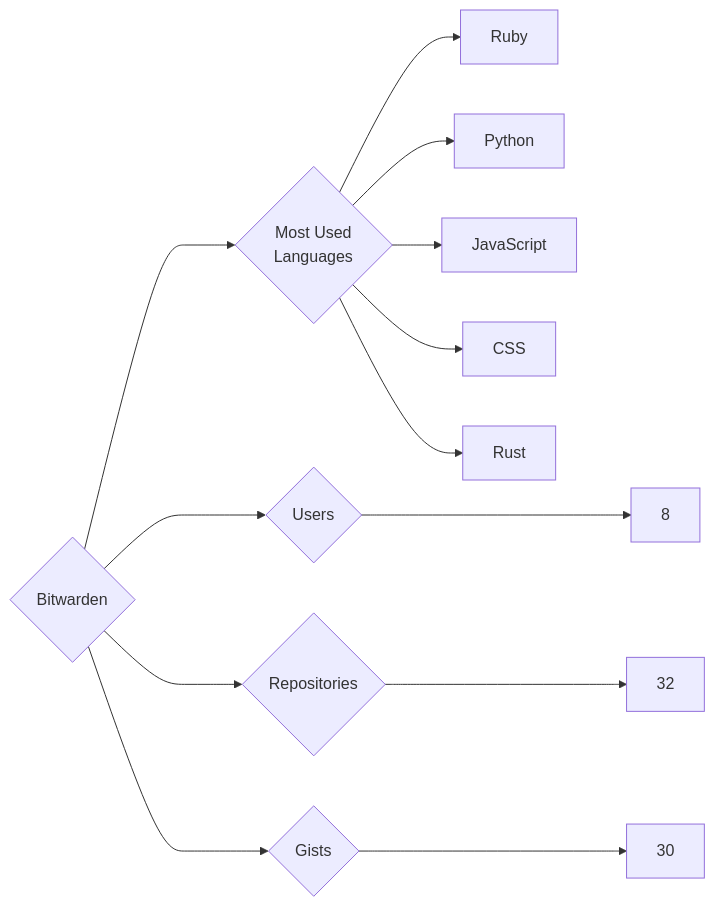
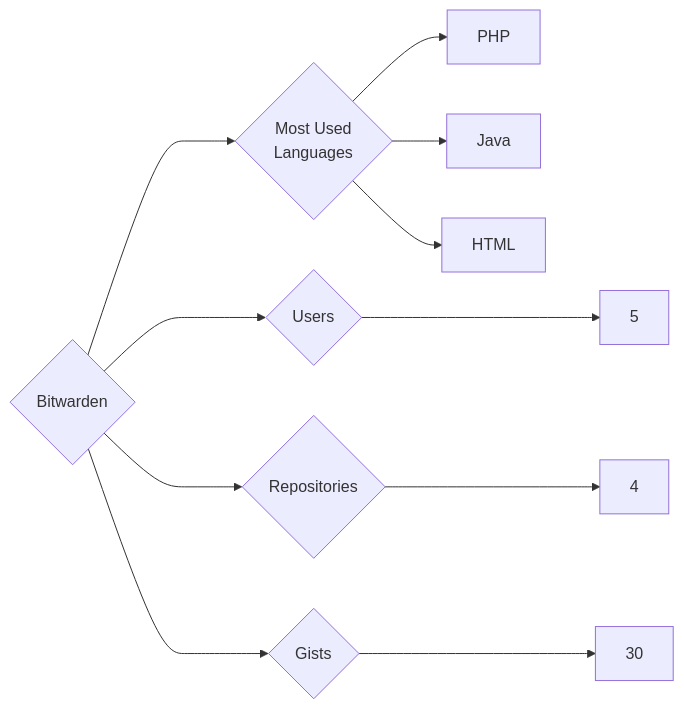
One commit to trickest/insiders changed the diagram in targets/Bitwarden/README.md. Above: the diagram before and after it, drawn with Mermaid. The commit also changed 997 other files, not shown here.

````diff
--- a/targets/Bitwarden/README.md
+++ b/targets/Bitwarden/README.md
@@ -3,13 +3,11 @@
 ```mermaid
 graph LR
 COMPANY_NAME{Bitwarden}
-COMPANY_NAME ---> U{Users} ---> UN[8]
-COMPANY_NAME ---> R{Repositories} ---> RN[32]
+COMPANY_NAME ---> U{Users} ---> UN[5]
+COMPANY_NAME ---> R{Repositories} ---> RN[4]
 COMPANY_NAME ---> G{Gists} ---> GN[30]
 COMPANY_NAME ---> ML{Most Used<br>Languages}
-ML --> Ruby[Ruby]
-ML --> Python[Python]
-ML --> JavaScript[JavaScript]
-ML --> CSS[CSS]
-ML --> Rust[Rust]
+ML --> PHP[PHP]
+ML --> Java[Java]
+ML --> HTML[HTML]
 ```
````
